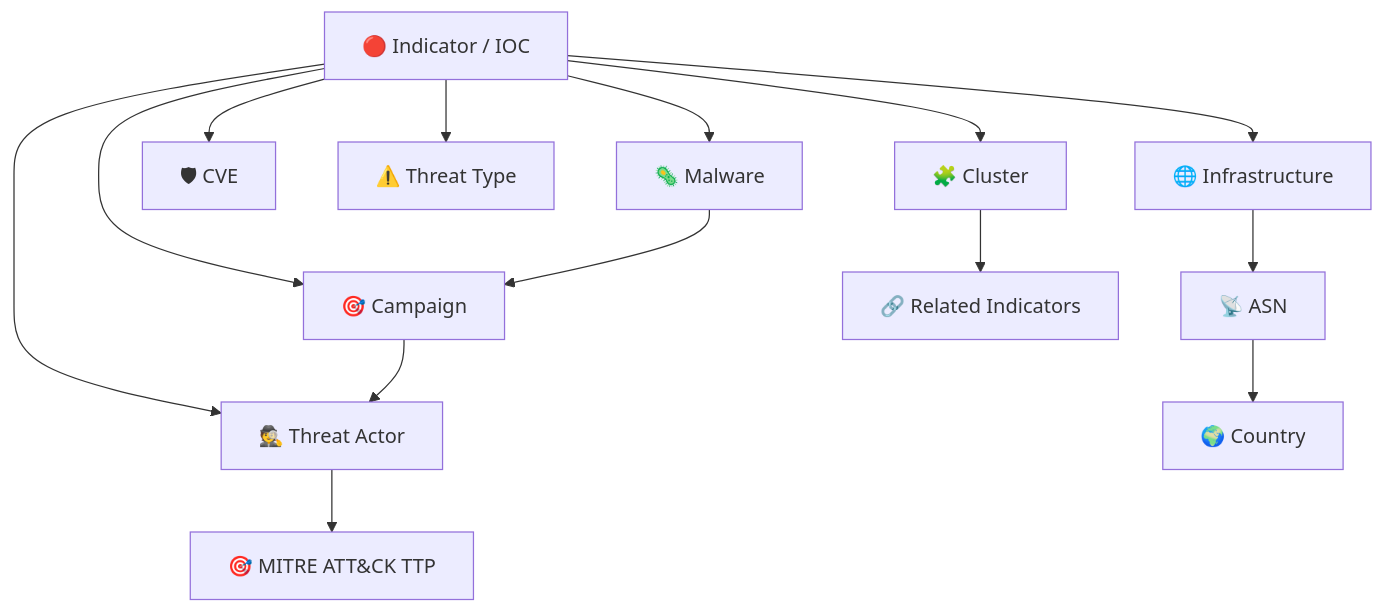
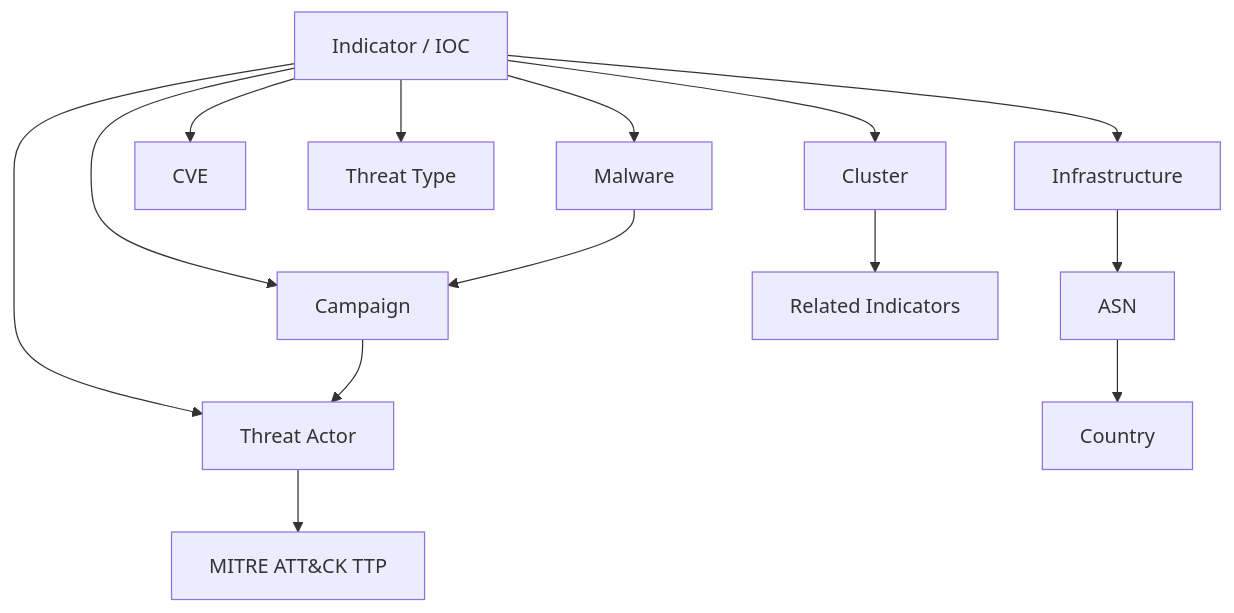
Before and after one commit to aminemaouhoub1312/ShadowScope-AM: the fourth of 11 diagrams in README.md, drawn with Mermaid. The commit also changed other lines of this file, not shown here.

````diff
--- a/README.md
+++ b/README.md
@@ -277,22 +277,22 @@
 ```mermaid
 graph TD
 
-IOC["🔴 Indicator / IOC"]
+IOC[" Indicator / IOC"]
 
-IOC --> INFRA["🌐 Infrastructure"]
-IOC --> MAL["🦠 Malware"]
-IOC --> CVE["🛡 CVE"]
-IOC --> CAM["🎯 Campaign"]
-IOC --> ACTOR["🕵 Threat Actor"]
-IOC --> TYPE["⚠️ Threat Type"]
-IOC --> CLUSTER["🧩 Cluster"]
+IOC --> INFRA[" Infrastructure"]
+IOC --> MAL["Malware"]
+IOC --> CVE[" CVE"]
+IOC --> CAM[" Campaign"]
+IOC --> ACTOR[" Threat Actor"]
+IOC --> TYPE[" Threat Type"]
+IOC --> CLUSTER["Cluster"]
 
-INFRA --> ASN["📡 ASN"]
-ASN --> COUNTRY["🌍 Country"]
+INFRA --> ASN[" ASN"]
+ASN --> COUNTRY[" Country"]
 
 MAL --> CAM
 CAM --> ACTOR
-ACTOR --> TTP["🎯 MITRE ATT&CK TTP"]
+ACTOR --> TTP[" MITRE ATT&CK TTP"]
 
-CLUSTER --> RELATED["🔗 Related Indicators"]
+CLUSTER --> RELATED[" Related Indicators"]
 ```
````
